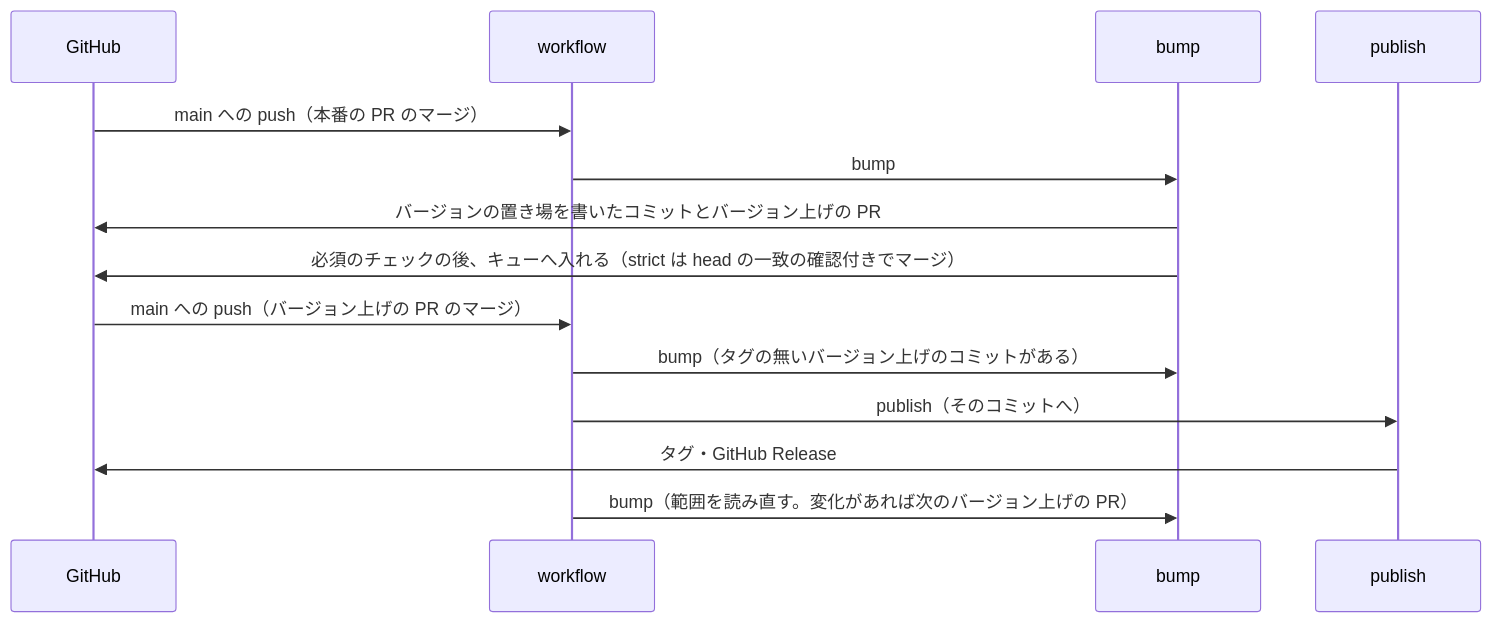
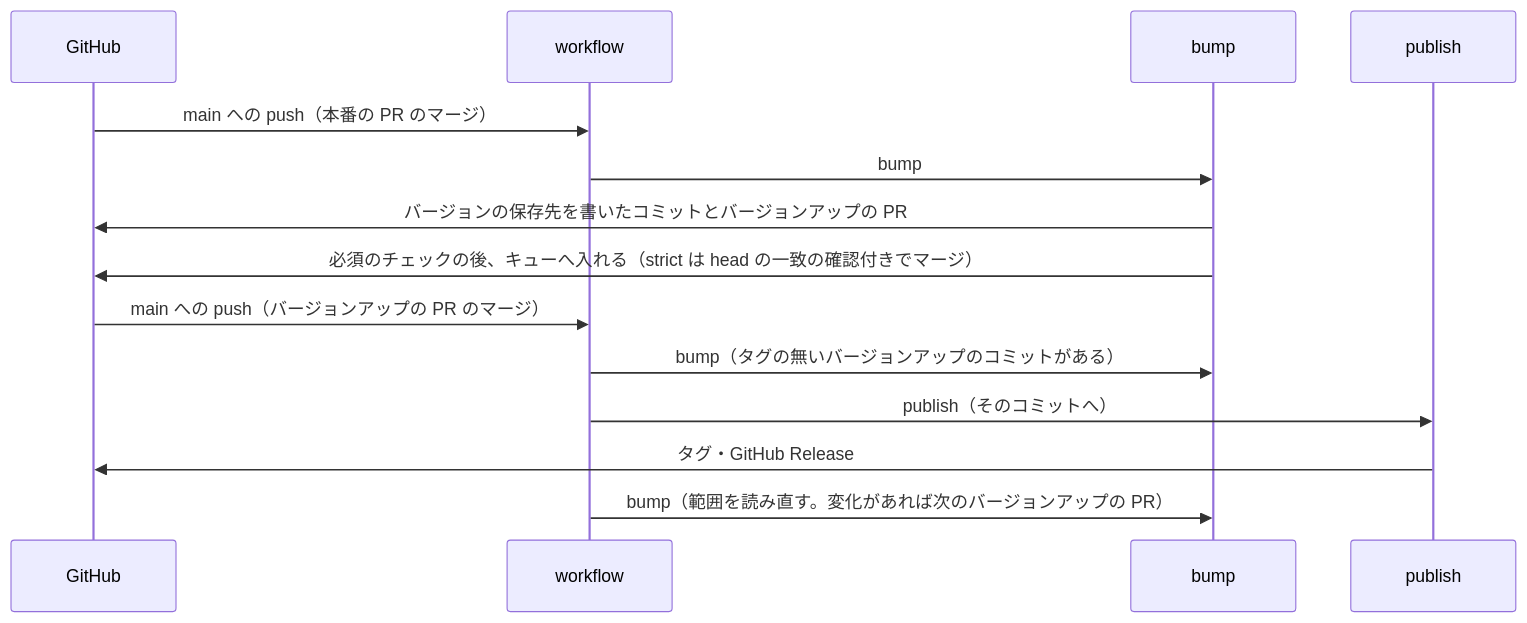
Before and after one commit to devbasex/ai-plugins: the third of 4 diagrams in issues/issue-3572-design.md, drawn with Mermaid. The commit also changed other lines of this file and 8 other files, not shown here.

````diff
--- a/issues/issue-3572-design.md
+++ b/issues/issue-3572-design.md
@@ -542,16 +542,16 @@
 ```mermaid
 sequenceDiagram
     participant H as GitHub
     participant W as workflow
     participant B as bump
     participant T as publish
     H->>W: main への push（本番の PR のマージ）
     W->>B: bump
-    B->>H: バージョンの置き場を書いたコミットとバージョン上げの PR
+    B->>H: バージョンの保存先を書いたコミットとバージョンアップの PR
     B->>H: 必須のチェックの後、キューへ入れる（strict は head の一致の確認付きでマージ）
-    H->>W: main への push（バージョン上げの PR のマージ）
-    W->>B: bump（タグの無いバージョン上げのコミットがある）
+    H->>W: main への push（バージョンアップの PR のマージ）
+    W->>B: bump（タグの無いバージョンアップのコミットがある）
     W->>T: publish（そのコミットへ）
     T->>H: タグ・GitHub Release
-    W->>B: bump（範囲を読み直す。変化があれば次のバージョン上げの PR）
+    W->>B: bump（範囲を読み直す。変化があれば次のバージョンアップの PR）
 ```
````
